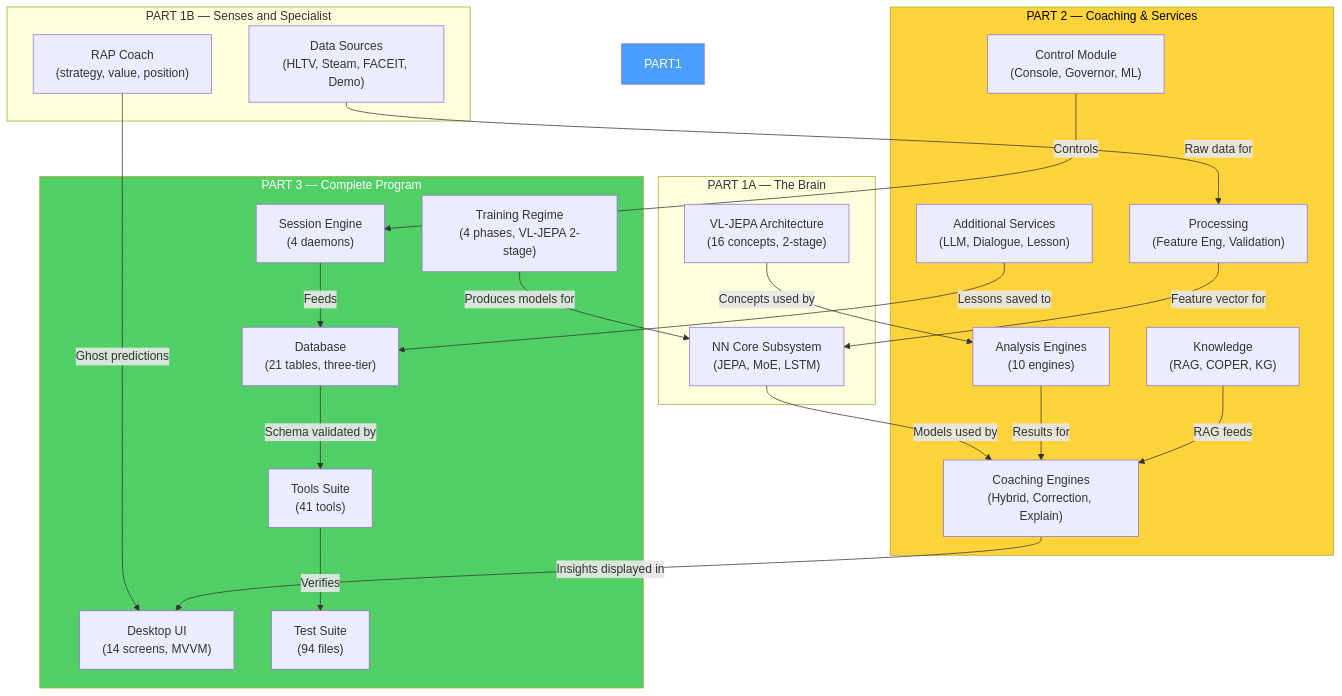
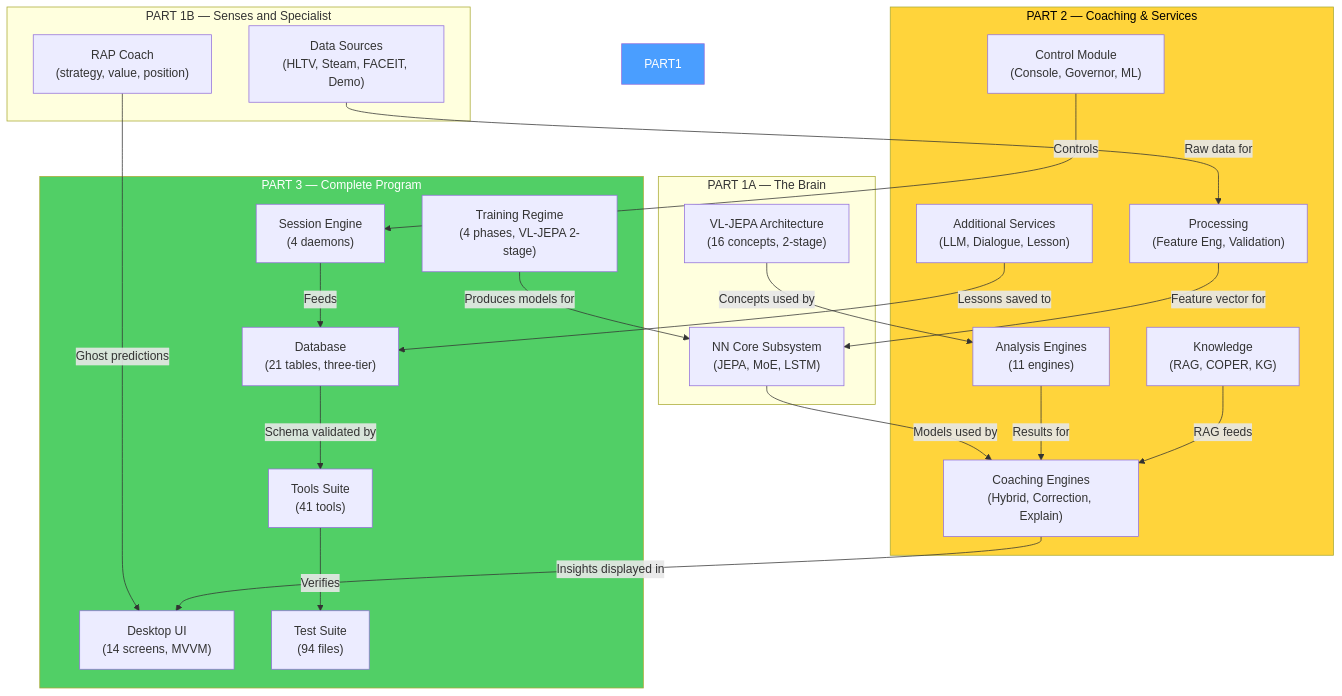
Diagram 55 of 55 in docs/books/Book-Coach-3-en.md (renanaugustomacena-ux/Counter-Strike-coach-AI), drawn with Mermaid before and after one commit. The commit also changed other lines of this file and 29 other files, not shown here.

````diff
--- a/docs/books/Book-Coach-3-en.md
+++ b/docs/books/Book-Coach-3-en.md
@@ -2975,46 +3038,46 @@
 ```mermaid
 flowchart TB
     subgraph PART1A["PART 1A — The Brain"]
         P1_NN["NN Core Subsystem<br/>(JEPA, MoE, LSTM)"]
         P1_VL["VL-JEPA Architecture<br/>(16 concepts, 2-stage)"]
     end
     subgraph PART1B["PART 1B — Senses and Specialist"]
         P1_RAP["RAP Coach<br/>(strategy, value, position)"]
         P1_DS["Data Sources<br/>(HLTV, Steam, FACEIT, Demo)"]
     end
     subgraph PART2["PART 2 — Coaching & Services"]
         P2_CE["Coaching Engines<br/>(Hybrid, Correction, Explain)"]
         P2_SV["Additional Services<br/>(LLM, Dialogue, Lesson)"]
-        P2_AN["Analysis Engines<br/>(10 engines)"]
+        P2_AN["Analysis Engines<br/>(11 engines)"]
         P2_KN["Knowledge<br/>(RAG, COPER, KG)"]
         P2_PR["Processing<br/>(Feature Eng, Validation)"]
         P2_CT["Control Module<br/>(Console, Governor, ML)"]
     end
     subgraph PART3["PART 3 — Complete Program"]
         P3_DB["Database<br/>(21 tables, three-tier)"]
         P3_TR["Training Regime<br/>(4 phases, VL-JEPA 2-stage)"]
         P3_UI["Desktop UI<br/>(14 screens, MVVM)"]
         P3_SE["Session Engine<br/>(4 daemons)"]
         P3_TL["Tools Suite<br/>(41 tools)"]
         P3_TS["Test Suite<br/>(94 files)"]
     end
 
     P1_NN -->|"Models used by"| P2_CE
     P1_VL -->|"Concepts used by"| P2_AN
     P1_RAP -->|"Ghost predictions"| P3_UI
     P1_DS -->|"Raw data for"| P2_PR
     P2_CE -->|"Insights displayed in"| P3_UI
     P2_SV -->|"Lessons saved to"| P3_DB
     P2_AN -->|"Results for"| P2_CE
     P2_KN -->|"RAG feeds"| P2_CE
     P2_PR -->|"Feature vector for"| P1_NN
     P2_CT -->|"Controls"| P3_SE
     P3_DB -->|"Schema validated by"| P3_TL
     P3_TR -->|"Produces models for"| P1_NN
     P3_SE -->|"Feeds"| P3_DB
     P3_TL -->|"Verifies"| P3_TS
 
     style PART1 fill:#4a9eff,color:#fff
     style PART2 fill:#ffd43b,color:#000
     style PART3 fill:#51cf66,color:#fff
 ```
````
